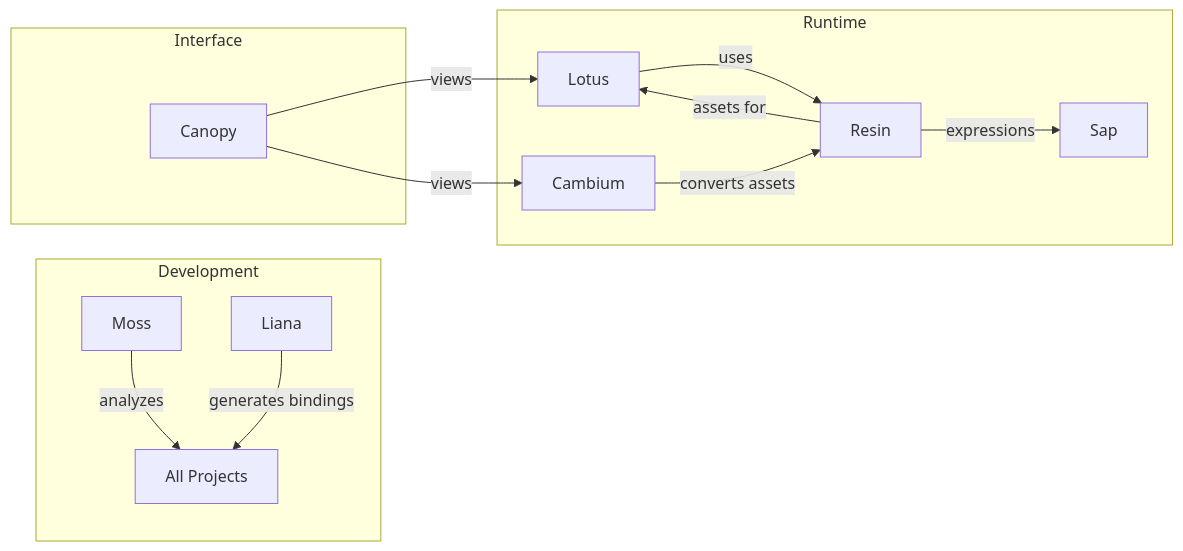
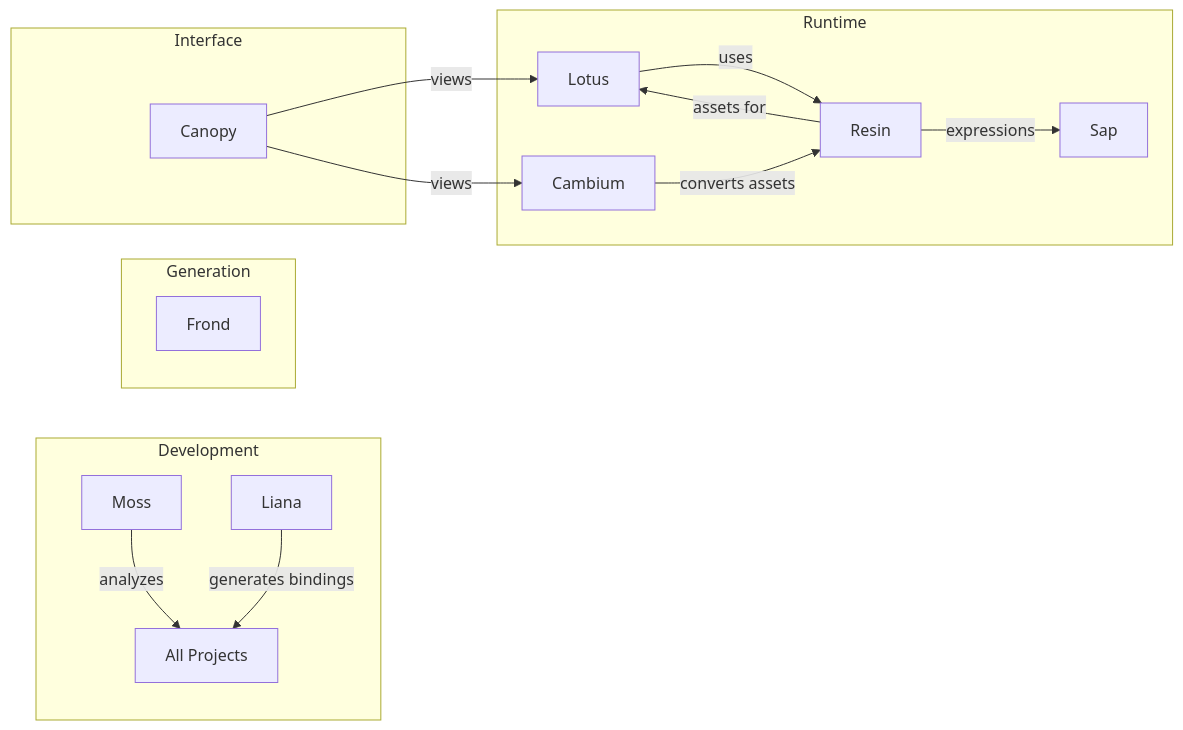
The diagram in docs/about.md (rhi-zone/rhi-zone.github.io), drawn with Mermaid before and after one commit. The commit also changed other lines of this file and 2 other files, not shown here.

Commit message:
docs: add frond to ecosystem

````diff
--- a/docs/about.md
+++ b/docs/about.md
@@ -71,17 +72,20 @@
 ```mermaid
 graph LR
     subgraph "Development"
         M[Moss] --> |analyzes| ALL[All Projects]
         LI[Liana] --> |generates bindings| ALL
     end
     subgraph "Runtime"
         L[Lotus] --> |uses| R[Resin]
         R --> |expressions| S[Sap]
         R --> |assets for| L
         CA[Cambium] --> |converts assets| R
     end
+    subgraph "Generation"
+        F[Frond]
+    end
     subgraph "Interface"
         CN[Canopy] --> |views| L
         CN --> |views| CA
     end
 ```
````
